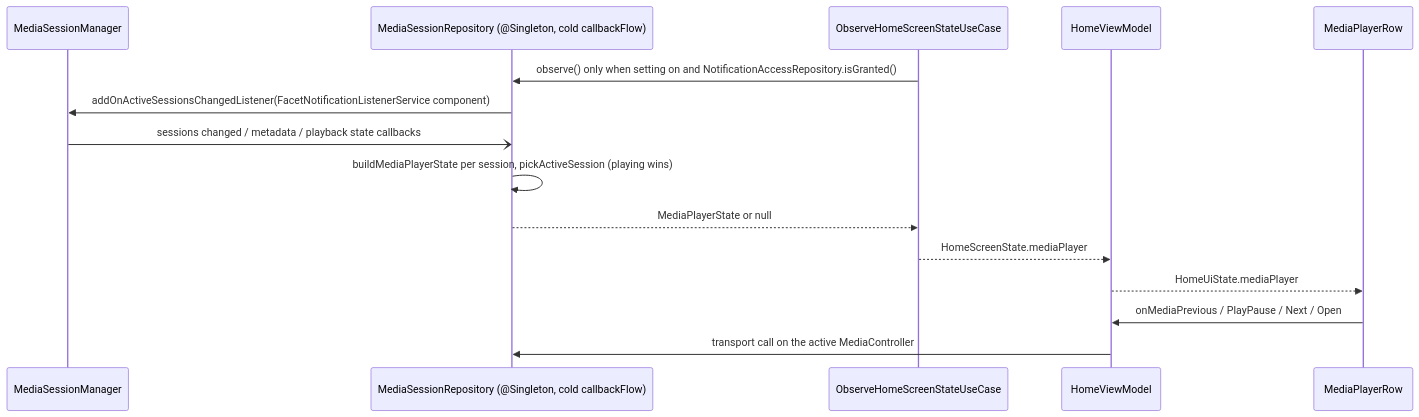
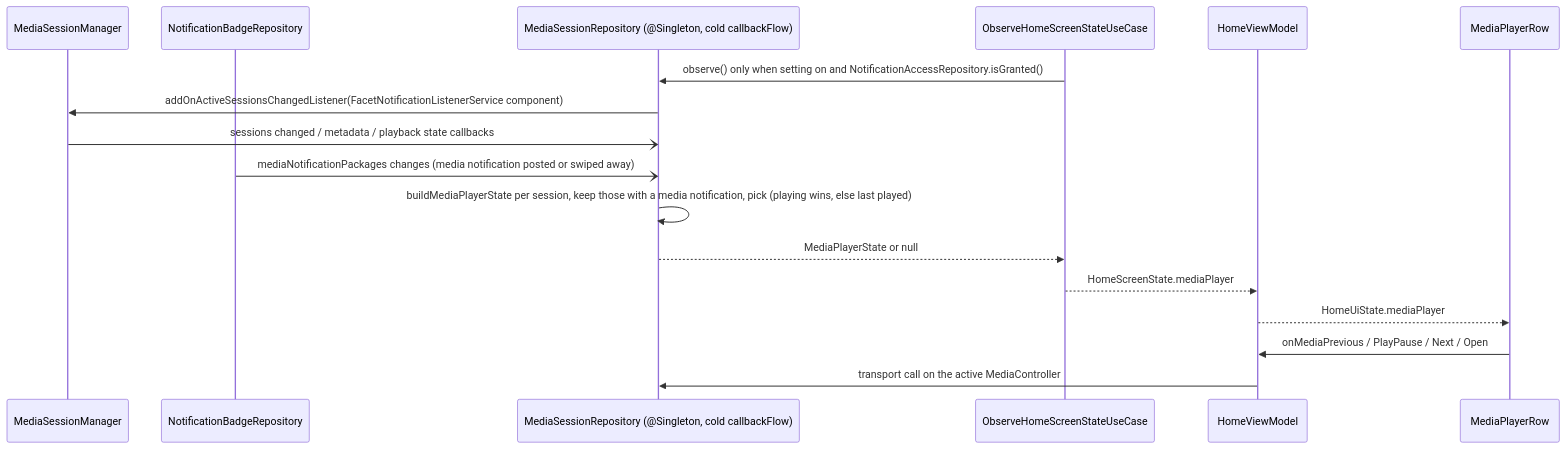
The fourth of 5 diagrams in docs/architecture/13-flow-facets-theme-notifications-onboarding.md (rohitganjam/facet-launcher), drawn with Mermaid before and after one commit. The commit also changed other lines of this file and 14 other files, not shown here.

First line of the commit message:
Hide the Home media row when its notification is dismissed

````diff
--- a/docs/architecture/13-flow-facets-theme-notifications-onboarding.md
+++ b/docs/architecture/13-flow-facets-theme-notifications-onboarding.md
@@ -263,17 +263,19 @@
 ```mermaid
 sequenceDiagram
     participant MSM as MediaSessionManager
+    participant NBR as NotificationBadgeRepository
     participant MSR as MediaSessionRepository (@Singleton, cold callbackFlow)
     participant UC as ObserveHomeScreenStateUseCase
     participant VM as HomeViewModel
     participant UI as MediaPlayerRow
     UC->>MSR: observe() only when setting on and NotificationAccessRepository.isGranted()
     MSR->>MSM: addOnActiveSessionsChangedListener(FacetNotificationListenerService component)
     MSM-)MSR: sessions changed / metadata / playback state callbacks
-    MSR->>MSR: buildMediaPlayerState per session, pickActiveSession (playing wins)
+    NBR-)MSR: mediaNotificationPackages changes (media notification posted or swiped away)
+    MSR->>MSR: buildMediaPlayerState per session, keep those with a media notification, pick (playing wins, else last played)
     MSR-->>UC: MediaPlayerState or null
     UC-->>VM: HomeScreenState.mediaPlayer
     VM-->>UI: HomeUiState.mediaPlayer
     UI->>VM: onMediaPrevious / PlayPause / Next / Open
     VM->>MSR: transport call on the active MediaController
 ```
````
